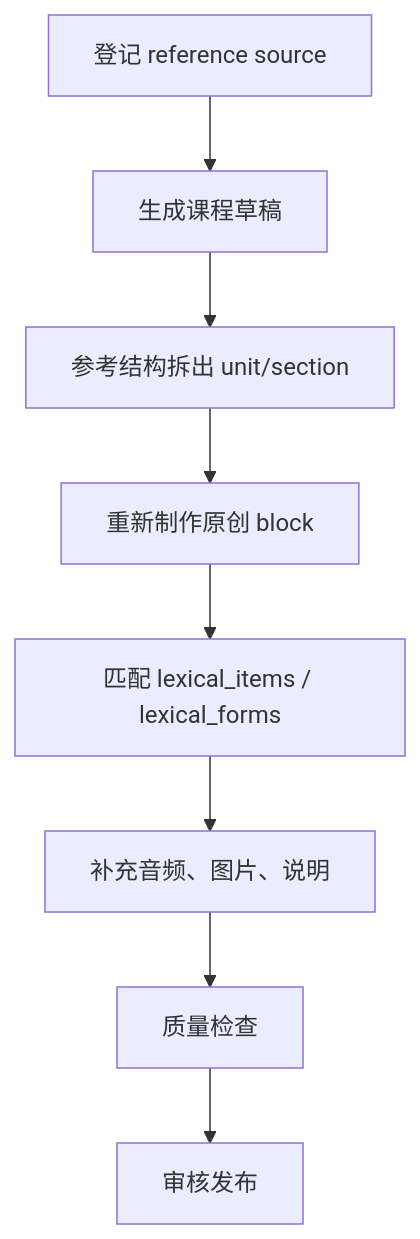
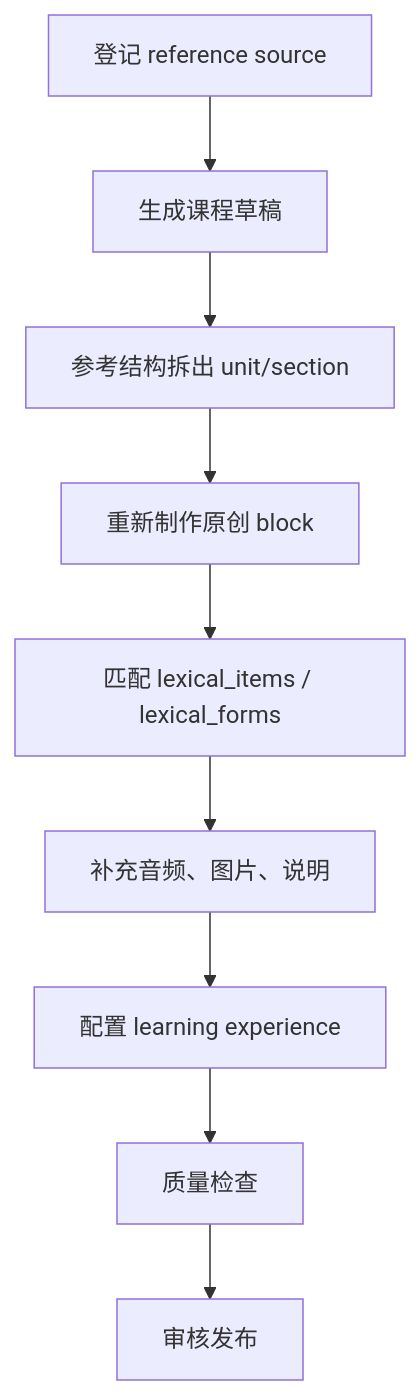
The diagram in docs/project/06-course-storage-design.md (yylzhixian/hskwise), drawn with Mermaid before and after one commit. The commit also changed other lines of this file, not shown here.

````diff
--- a/docs/project/06-course-storage-design.md
+++ b/docs/project/06-course-storage-design.md
@@ -466,10 +758,11 @@
 ```mermaid
 flowchart TB
   A["登记 reference source"] --> B["生成课程草稿"]
   B --> C["参考结构拆出 unit/section"]
   C --> D["重新制作原创 block"]
   D --> E["匹配 lexical_items / lexical_forms"]
   E --> F["补充音频、图片、说明"]
-  F --> G["质量检查"]
-  G --> H["审核发布"]
+  F --> G["配置 learning experience"]
+  G --> H["质量检查"]
+  H --> I["审核发布"]
 ```
````
